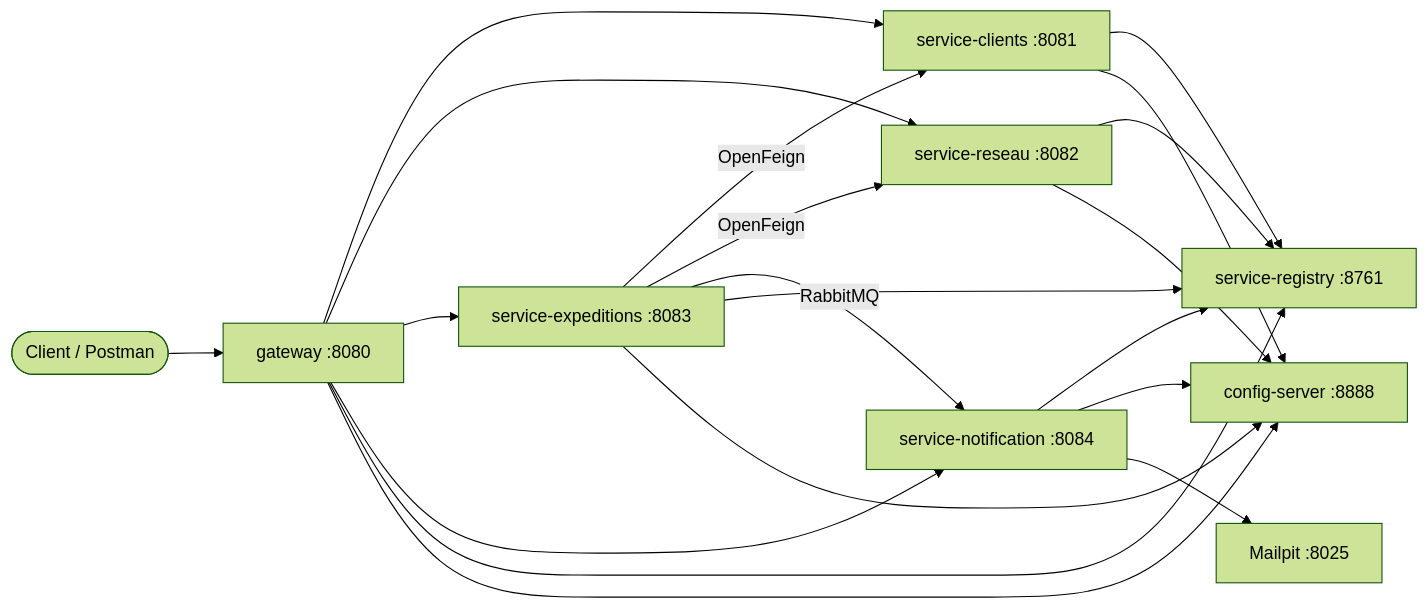
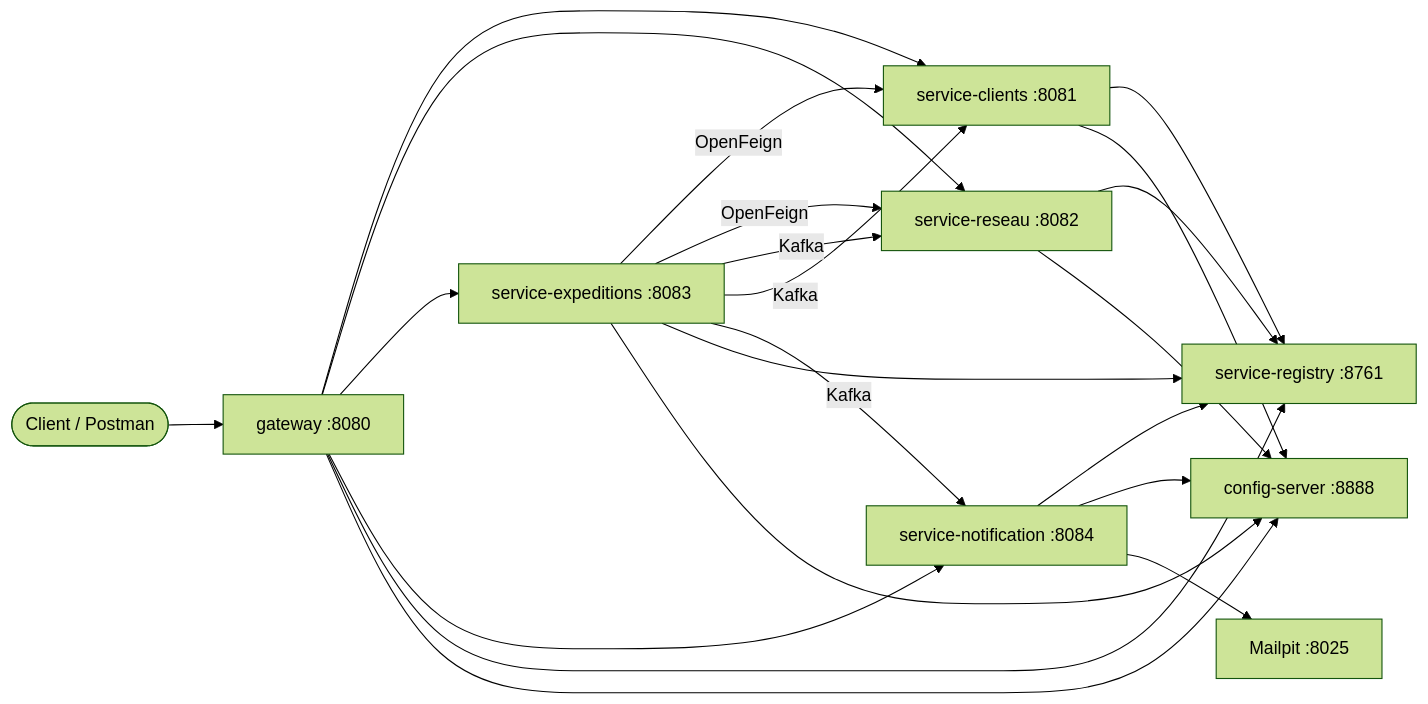
One commit to Badr0h/quick-ship changed the first of 4 diagrams in README.md. Above: the diagram before and after it, drawn with Mermaid (forest theme). The commit also changed other lines of this file and 14 other files, not shown here.

Commit message:
docs: export architecture and class diagrams as PNG and PDF

````diff
--- a/README.md
+++ b/README.md
@@ -18,14 +18,16 @@
 ```mermaid
 flowchart LR
   Client([Client / Postman]) --> GW[gateway :8080]
   GW --> SC[service-clients :8081]
   GW --> SR[service-reseau :8082]
   GW --> SE[service-expeditions :8083]
   GW --> SN[service-notification :8084]
   SE -->|OpenFeign| SC
   SE -->|OpenFeign| SR
-  SE -->|RabbitMQ| SN
+  SE -->|Kafka| SR
+  SE -->|Kafka| SC
+  SE -->|Kafka| SN
   SC & SR & SE & SN & GW --> EU[service-registry :8761]
   SC & SR & SE & SN & GW --> CS[config-server :8888]
   SN --> Mail[Mailpit :8025]
 ```
````
